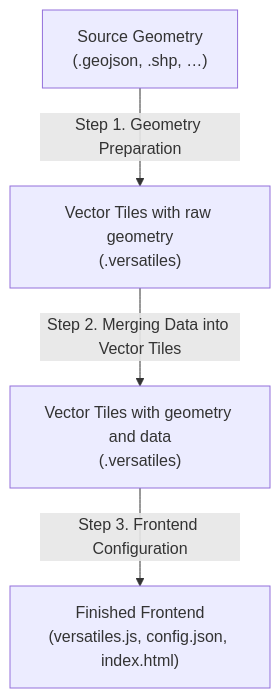
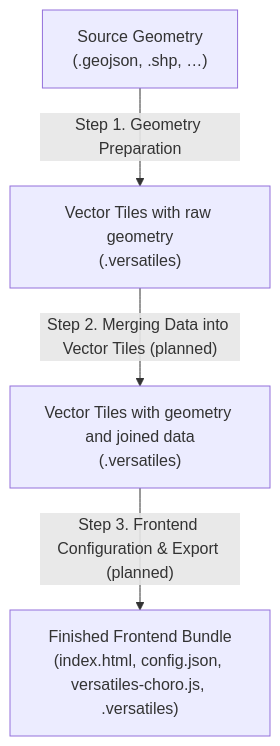
Before and after one commit to versatiles-org/versatiles-choro: the first of 2 diagrams in README.md, drawn with Mermaid. The commit also changed other lines of this file, not shown here.

````diff
--- a/README.md
+++ b/README.md
@@ -175,12 +196,12 @@
 ```mermaid
 flowchart TD
 
-	A["Source Geometry<br>(.geojson, .shp, …)"]
-	B["Vector Tiles with raw geometry<br>(.versatiles)"]
-	C["Vector Tiles with geometry and data<br>(.versatiles)"]
-	D["Finished Frontend<br>(versatiles.js, config.json, index.html)"]
+  A["Source Geometry<br/>(.geojson, .shp, …)"]
+  B["Vector Tiles with raw geometry<br/>(.versatiles)"]
+  C["Vector Tiles with geometry and joined data<br/>(.versatiles)"]
+  D["Finished Frontend Bundle<br/>(index.html, config.json, versatiles-choro.js, .versatiles)"]
 
-	A -- Step 1. Geometry Preparation --> B
-	B -- Step 2. Merging Data into Vector Tiles --> C
-	C -- Step 3. Frontend Configuration --> D
+  A -- Step 1. Geometry Preparation --> B
+  B -- Step 2. Merging Data into Vector Tiles (planned) --> C
+  C -- Step 3. Frontend Configuration & Export (planned) --> D
 ```
````
